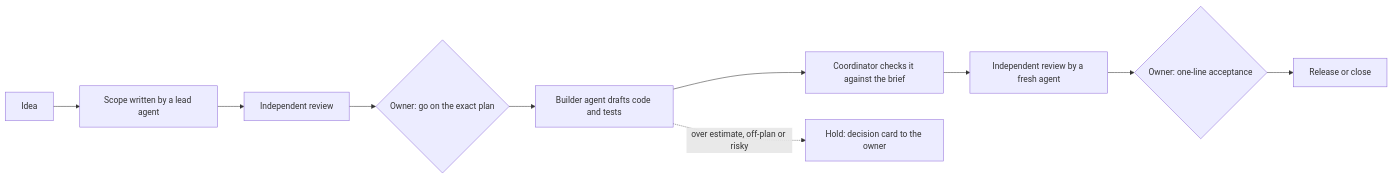
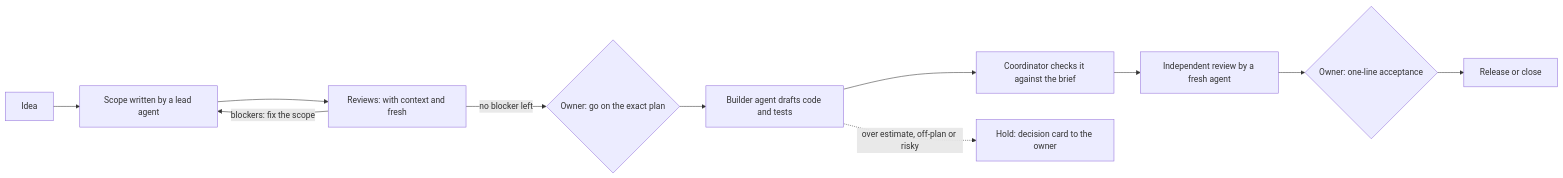
Before and after one commit to TrendyLuxe-Club/agent-dispatch-dashboard-overview: the second of 2 diagrams in README.md, drawn with Mermaid. The commit also changed other lines of this file, not shown here.

````diff
--- a/README.md
+++ b/README.md
@@ -48,12 +53,13 @@
 ```mermaid
 flowchart LR
   I[Idea] --> S[Scope written by a lead agent]
-  S --> R1[Independent review]
-  R1 --> P{Owner: go on the exact plan}
+  S --> R1[Reviews: with context and fresh]
+  R1 -->|blockers: fix the scope| S
+  R1 -->|no blocker left| P{Owner: go on the exact plan}
   P --> B[Builder agent drafts code and tests]
   B --> C[Coordinator checks it against the brief]
   C --> R2[Independent review by a fresh agent]
   R2 --> A{Owner: one-line acceptance}
   A --> L[Release or close]
   B -. "over estimate, off-plan or risky" .-> D[Hold: decision card to the owner]
 ```
````
